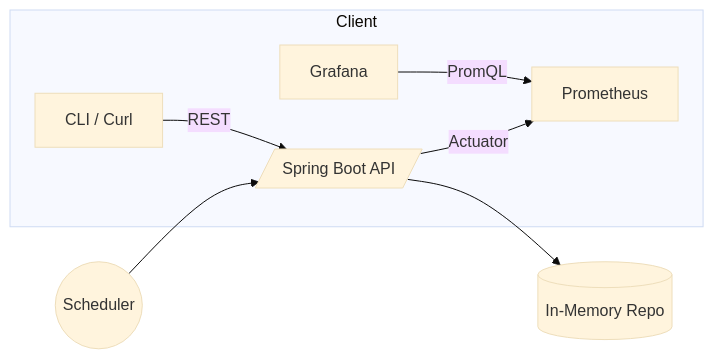
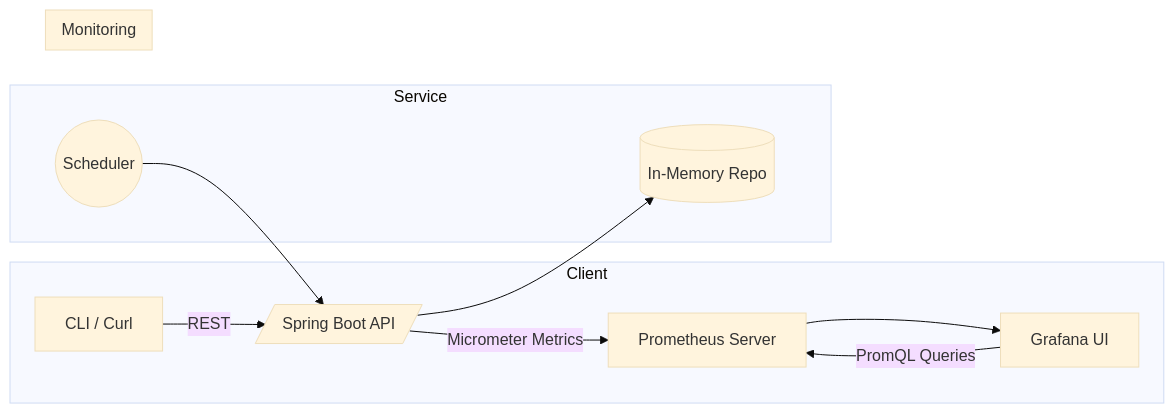
One commit to ksdbh/netflix-openconnect-mini changed the diagram in README.md. Above: the diagram before and after it, drawn with Mermaid (base theme). The commit also changed other lines of this file, not shown here.

Commit message:
docs: update README with Prometheus & Grafana in architecture diagram

````diff
--- a/README.md
+++ b/README.md
@@ -55,11 +67,17 @@
 ```mermaid
 flowchart LR
   subgraph Client
     CLI[CLI / Curl] -->|REST| API[/Spring Boot API/]
-    Grafana -->|PromQL| Prometheus
+    Grafana[Grafana UI] -->|PromQL Queries| Prometheus
   end
 
-  API --> Repo[(In-Memory Repo)]
-  Ticker((Scheduler)) --> API
-  API -->|Actuator| Prometheus
+  subgraph Service
+    API[/Spring Boot API/] --> Repo[(In-Memory Repo)]
+    Ticker((Scheduler)) --> API
+    API -->|Micrometer Metrics| Prometheus
+  end
+
+  subgraph Monitoring
+    Prometheus[Prometheus Server] --> Grafana
+  end
 ```
````
